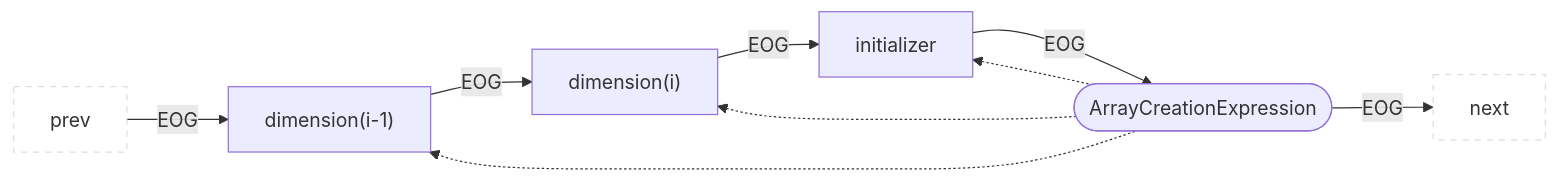
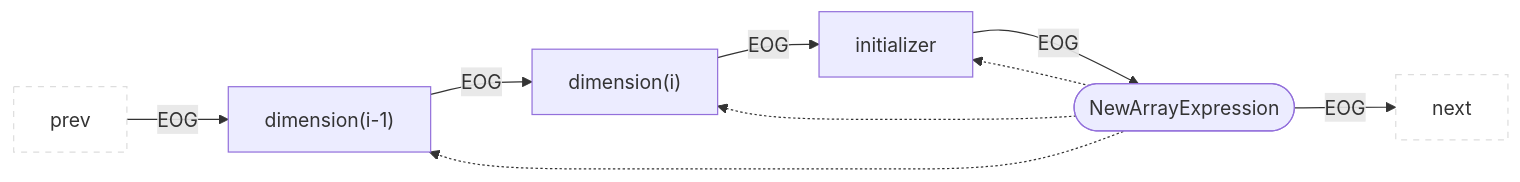
Before and after one commit to Fraunhofer-AISEC/cpg: the ninth of 40 diagrams in docs/docs/CPG/specs/eog.md, drawn with Mermaid. The commit also changed other lines of this file and 27 other files, not shown here.

````diff
--- a/docs/docs/CPG/specs/eog.md
+++ b/docs/docs/CPG/specs/eog.md
@@ -198,12 +198,12 @@
 ```mermaid
 flowchart LR
   classDef outer fill:#fff,stroke:#ddd,stroke-dasharray:5 5;
   prev:::outer --EOG--> child1["dimension(i-1)"]
   child1 --EOG--> child2["dimension(i)"]
   child2 --EOG--> initializer
-  parent(["ArrayCreationExpression"]) --EOG--> next:::outer
+  parent(["NewArrayExpression"]) --EOG--> next:::outer
   parent -.-> child1
   parent -.-> child2
   parent -.-> initializer
   initializer --EOG--> parent
 ```
````
